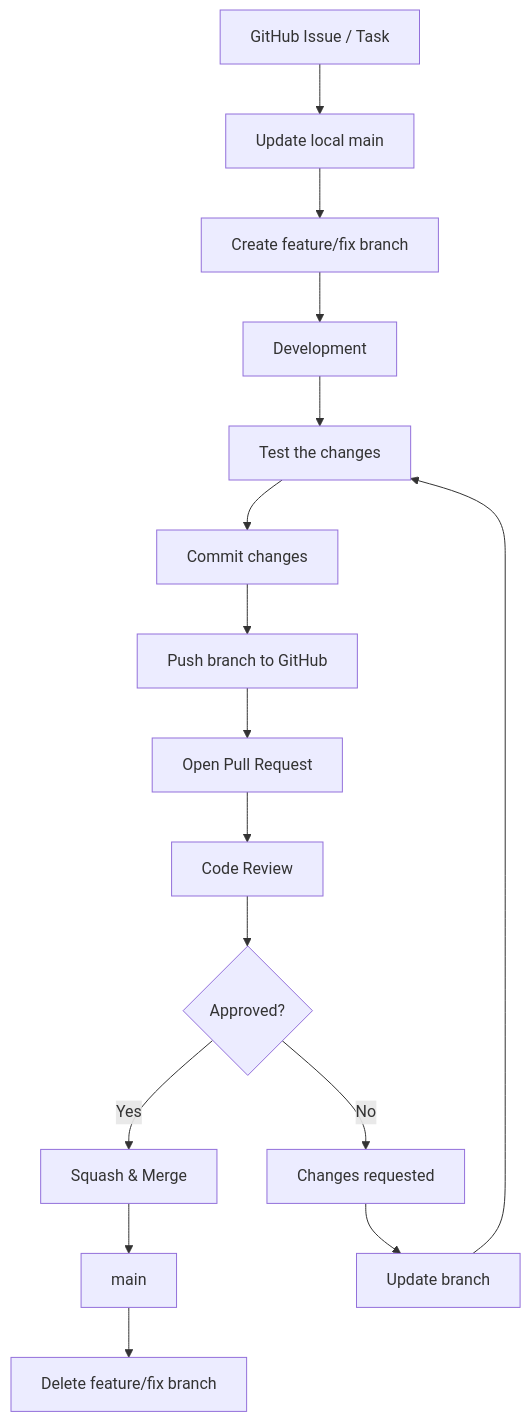
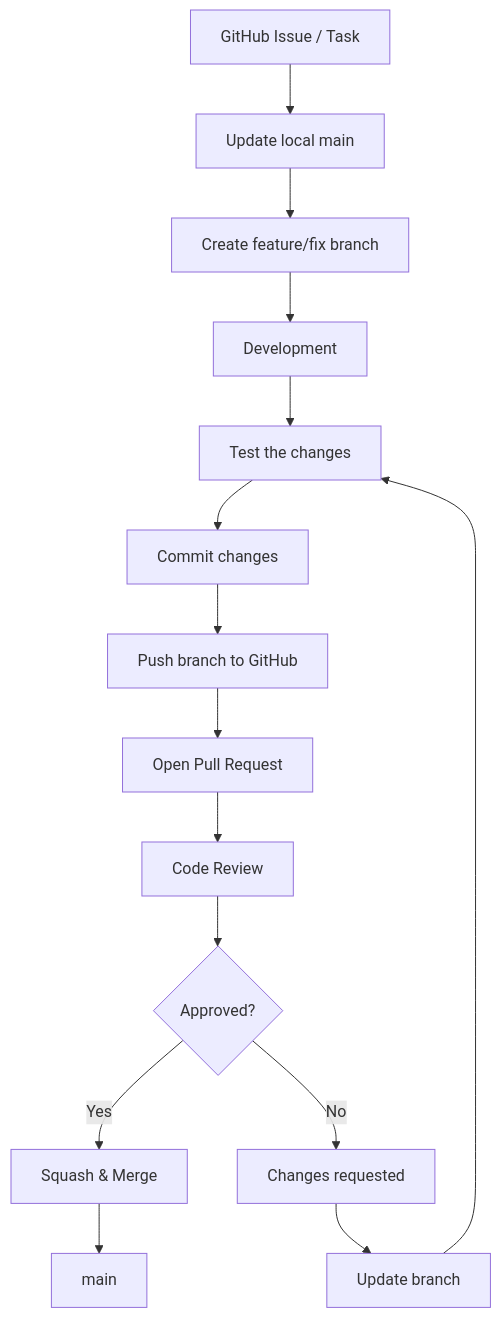
One commit to YitWub/KimchiBaguette changed the diagram in docs/KimchiBaguette_Git_Workflow.md. Above: the diagram before and after it, drawn with Mermaid. The commit also changed other lines of this file and 32 other files, not shown here.

````diff
--- a/docs/KimchiBaguette_Git_Workflow.md
+++ b/docs/KimchiBaguette_Git_Workflow.md
@@ -218,18 +218,17 @@
 ```mermaid
 flowchart TD
     A[GitHub Issue / Task] --> B[Update local main]
     B --> C[Create feature/fix branch]
     C --> D[Development]
     D --> E[Test the changes]
     E --> F[Commit changes]
     F --> G[Push branch to GitHub]
     G --> H[Open Pull Request]
     H --> I[Code Review]
     I --> J{Approved?}
     J -->|Yes| K[Squash & Merge]
     K --> L[main]
-    L --> M[Delete feature/fix branch]
     J -->|No| N[Changes requested]
     N --> O[Update branch]
     O --> E
 ```
````
